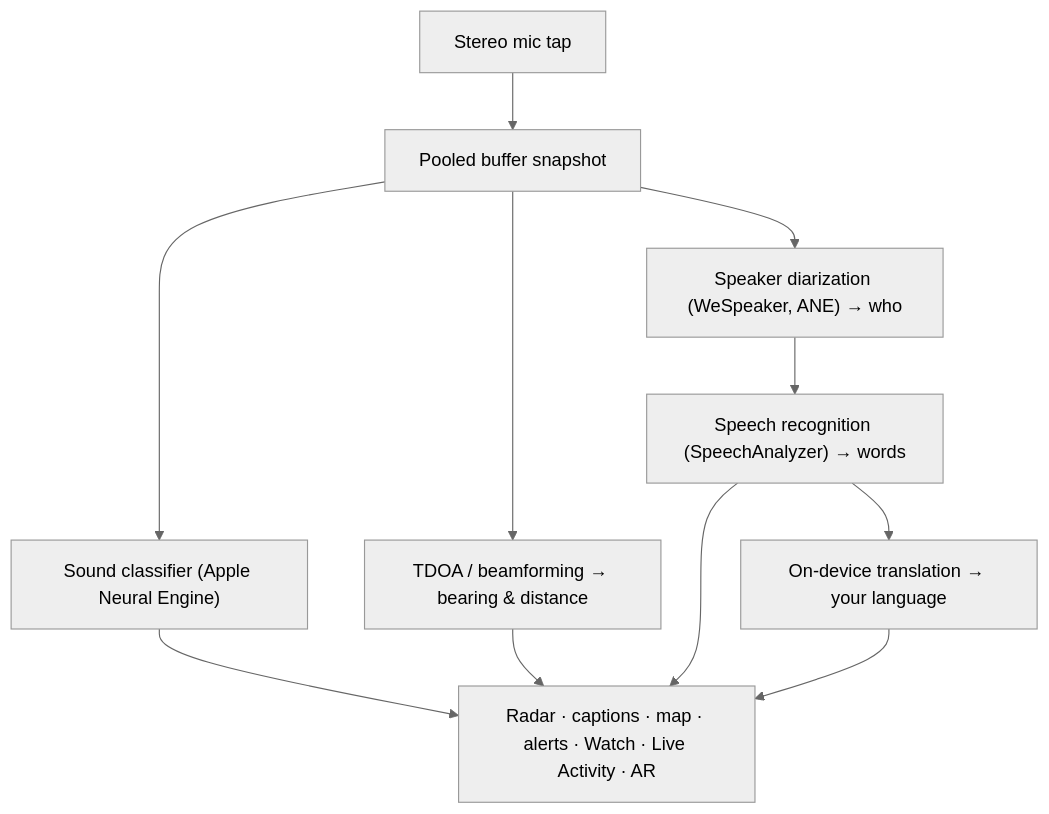
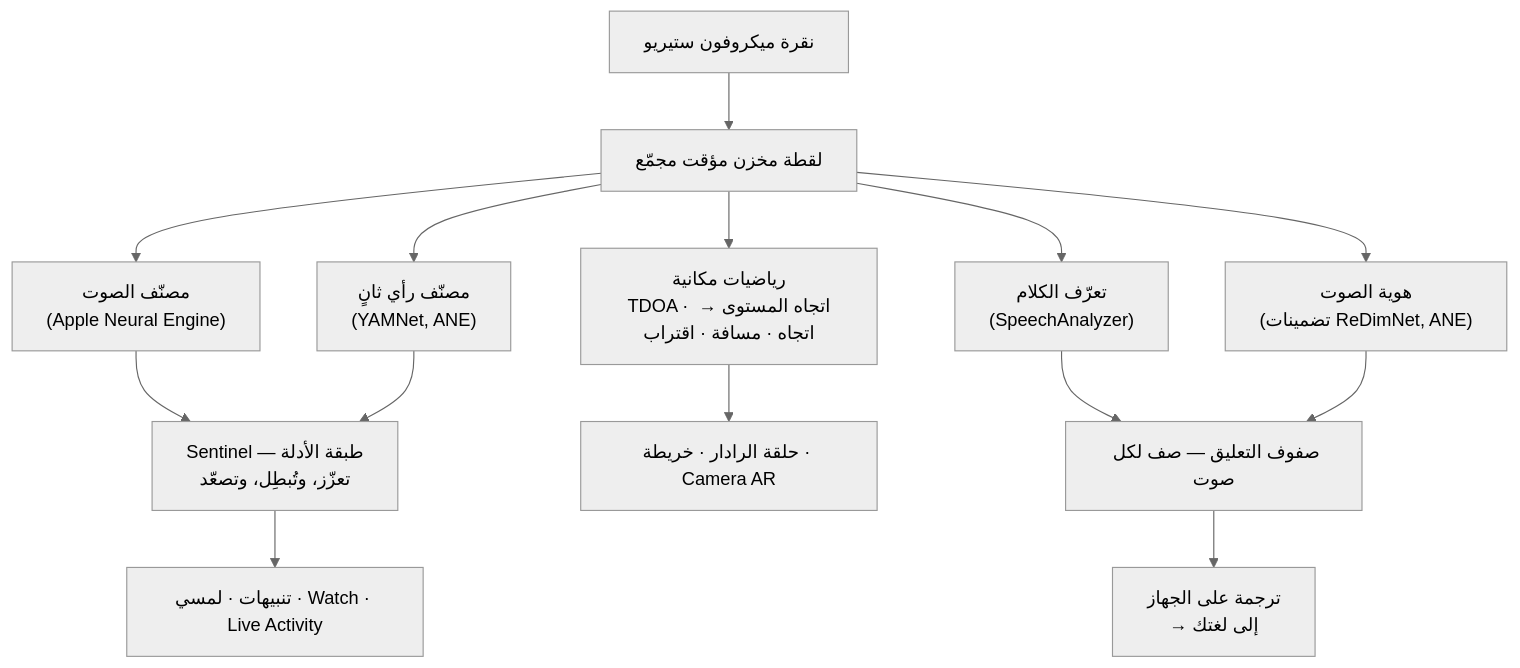
Before and after one commit to rpalm01-star/VigilantEarLegal: the second of 4 diagrams in README_ar.md, drawn with Mermaid (neutral theme). The commit also changed other lines of this file and 11 other files, not shown here.

````diff
--- a/README_ar.md
+++ b/README_ar.md
@@ -113,10 +124,16 @@
 ```mermaid
 graph TD
-    A["Stereo mic tap"] --> B["Pooled buffer snapshot"]
-    B --> C["Sound classifier (Apple Neural Engine)"]
-    B --> D["TDOA / beamforming → bearing & distance"]
-    B --> E["Speaker diarization (WeSpeaker, ANE) → who"]
-    E --> F["Speech recognition (SpeechAnalyzer) → words"]
-    F --> G["On-device translation → your language"]
-    C & D & F & G --> H["Radar · captions · map · alerts · Watch · Live Activity · AR"]
+    A["نقرة ميكروفون ستيريو"] --> B["لقطة مخزن مؤقت مجمّع"]
+    B --> C["مصنّف الصوت<br/>(Apple Neural Engine)"]
+    B --> Y["مصنّف رأي ثانٍ<br/>(YAMNet, ANE)"]
+    C --> S["Sentinel — طبقة الأدلة<br/>تعزّز، وتُبطِل، وتصعّد"]
+    Y --> S
+    S --> H["تنبيهات · لمسي · Watch · Live Activity"]
+    B --> D["رياضيات مكانية<br/>TDOA · اتجاه المستوى → اتجاه · مسافة · اقتراب"]
+    D --> R["حلقة الرادار · خريطة · Camera AR"]
+    B --> F["تعرّف الكلام<br/>(SpeechAnalyzer)"]
+    B --> E["هوية الصوت<br/>(تضمينات ReDimNet, ANE)"]
+    F --> G["صفوف التعليق — صف لكل صوت"]
+    E --> G
+    G --> T["ترجمة على الجهاز<br/>→ إلى لغتك"]
 ```
````
